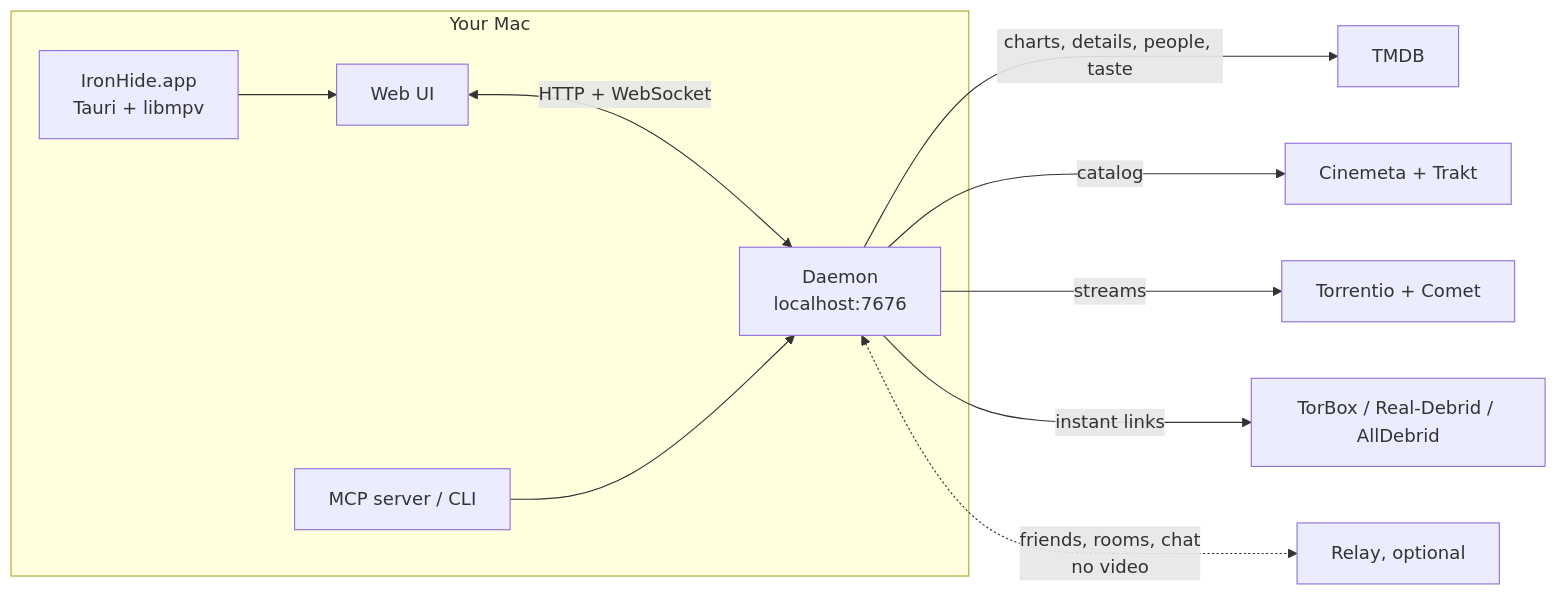
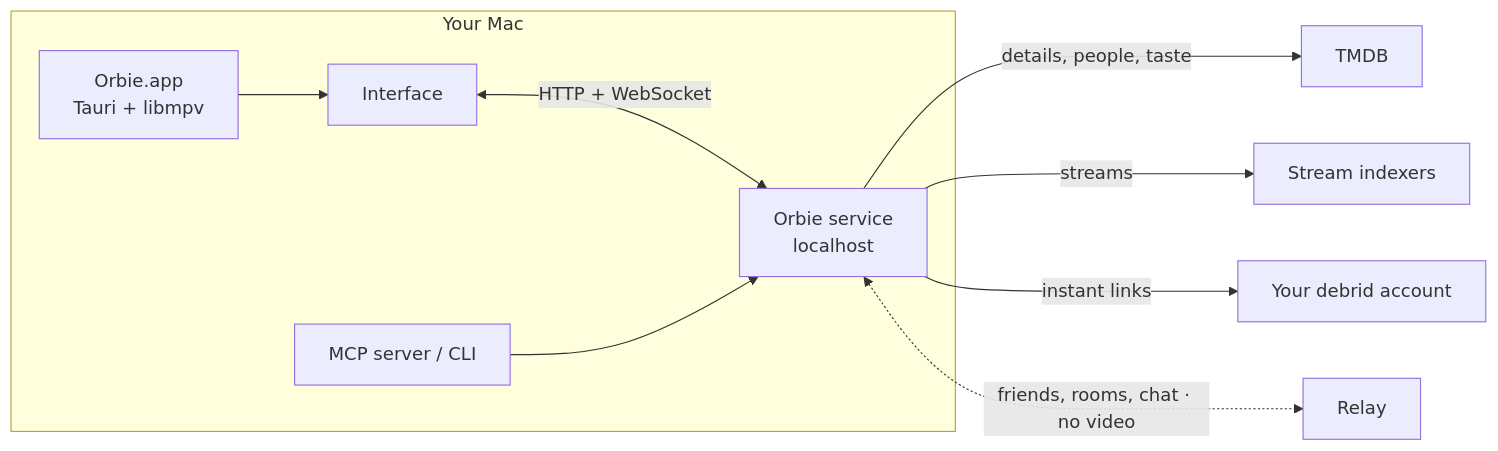
The diagram in README.md (Manteh/ironhide), drawn with Mermaid before and after one commit. The commit also changed other lines of this file and 130 other files, not shown here.

First line of the commit message:
Orbie: new name, orb identity, real-time intro and a proper README

````diff
--- a/README.md
+++ b/README.md
@@ -209,13 +169,12 @@
 ```mermaid
 flowchart LR
   subgraph Mac["Your Mac"]
-    A[IronHide.app<br/>Tauri + libmpv] --> W[Web UI]
-    W <-->|HTTP + WebSocket| D[Daemon<br/>localhost:7676]
+    A[Orbie.app<br/>Tauri + libmpv] --> W[Interface]
+    W <-->|HTTP + WebSocket| D[Orbie service<br/>localhost]
     M[MCP server / CLI] --> D
   end
-  D -->|charts, details, people, taste| T[TMDB]
-  D -->|catalog| C[Cinemeta + Trakt]
-  D -->|streams| S[Torrentio + Comet]
-  D -->|instant links| B[TorBox / Real-Debrid / AllDebrid]
-  D <-.->|friends, rooms, chat<br/>no video| R[Relay, optional]
+  D -->|details, people, taste| T[TMDB]
+  D -->|streams| S[Stream indexers]
+  D -->|instant links| B[Your debrid account]
+  D <-.->|friends, rooms, chat · no video| R[Relay]
 ```
````
